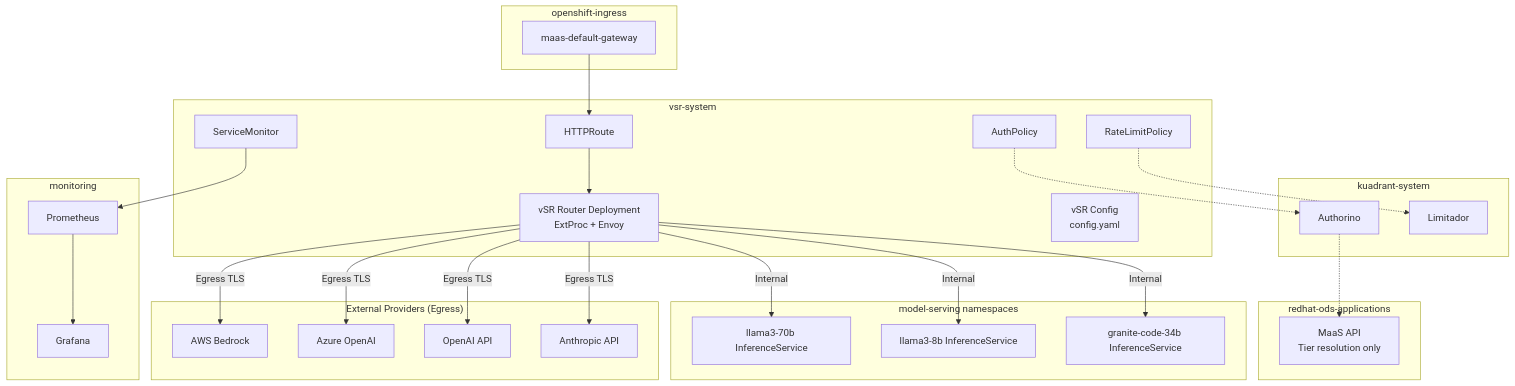
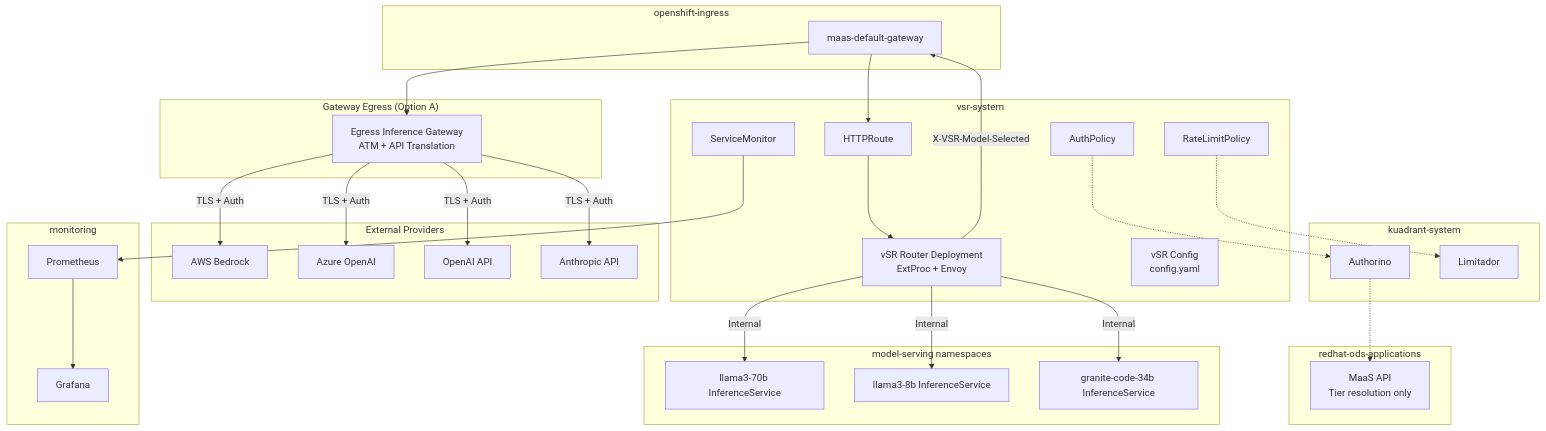
The tenth of 10 diagrams in vsr-maas-integration/phase-1-design-v1.2.md (noyitz/maas-designs), drawn with Mermaid before and after one commit. The commit also changed other lines of this file, not shown here.

````diff
--- a/vsr-maas-integration/phase-1-design-v1.2.md
+++ b/vsr-maas-integration/phase-1-design-v1.2.md
@@ -1205,57 +1318,63 @@
 ```mermaid
 graph TB
     subgraph "openshift-ingress"
         Gateway[maas-default-gateway]
     end
 
     subgraph "kuadrant-system"
         Authorino[Authorino]
         Limitador[Limitador]
     end
 
     subgraph "redhat-ods-applications"
         MaaSAPI[MaaS API<br/>Tier resolution only]
     end
 
     subgraph "vsr-system"
         vSRDeploy[vSR Router Deployment<br/>ExtProc + Envoy]
         vSRConfig[vSR Config<br/>config.yaml]
         AuthP[AuthPolicy]
         RLP[RateLimitPolicy]
         Route[HTTPRoute]
         SvcMon[ServiceMonitor]
     end
 
     subgraph "model-serving namespaces"
         KServe1[llama3-70b InferenceService]
         KServe2[llama3-8b InferenceService]
         KServe3[granite-code-34b InferenceService]
     end
 
-    subgraph "External Providers (Egress)"
+    subgraph "Gateway Egress (Option A)"
+        EgressGW[Egress Inference Gateway<br/>ATM + API Translation]
+    end
+
+    subgraph "External Providers"
         Bedrock[AWS Bedrock]
         AzureOAI[Azure OpenAI]
         OpenAIAPI[OpenAI API]
         AnthropicAPI[Anthropic API]
     end
 
     subgraph "monitoring"
         Prometheus[Prometheus]
         Grafana[Grafana]
     end
 
     Gateway --> Route
     Route --> vSRDeploy
     AuthP -.-> Authorino
     RLP -.-> Limitador
     Authorino -.-> MaaSAPI
     vSRDeploy -->|Internal| KServe1
     vSRDeploy -->|Internal| KServe2
     vSRDeploy -->|Internal| KServe3
-    vSRDeploy -->|Egress TLS| Bedrock
-    vSRDeploy -->|Egress TLS| AzureOAI
-    vSRDeploy -->|Egress TLS| OpenAIAPI
-    vSRDeploy -->|Egress TLS| AnthropicAPI
+    vSRDeploy -->|X-VSR-Model-Selected| Gateway
+    Gateway --> EgressGW
+    EgressGW -->|TLS + Auth| Bedrock
+    EgressGW -->|TLS + Auth| AzureOAI
+    EgressGW -->|TLS + Auth| OpenAIAPI
+    EgressGW -->|TLS + Auth| AnthropicAPI
     SvcMon --> Prometheus
     Prometheus --> Grafana
 ```
````
